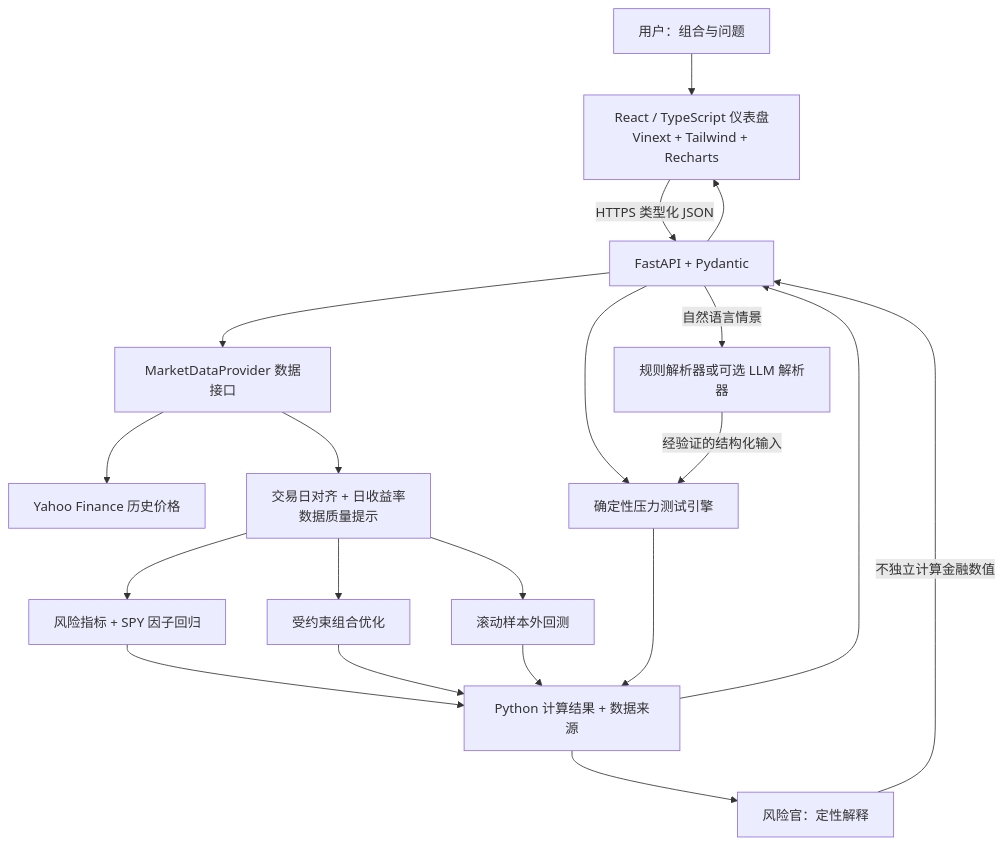
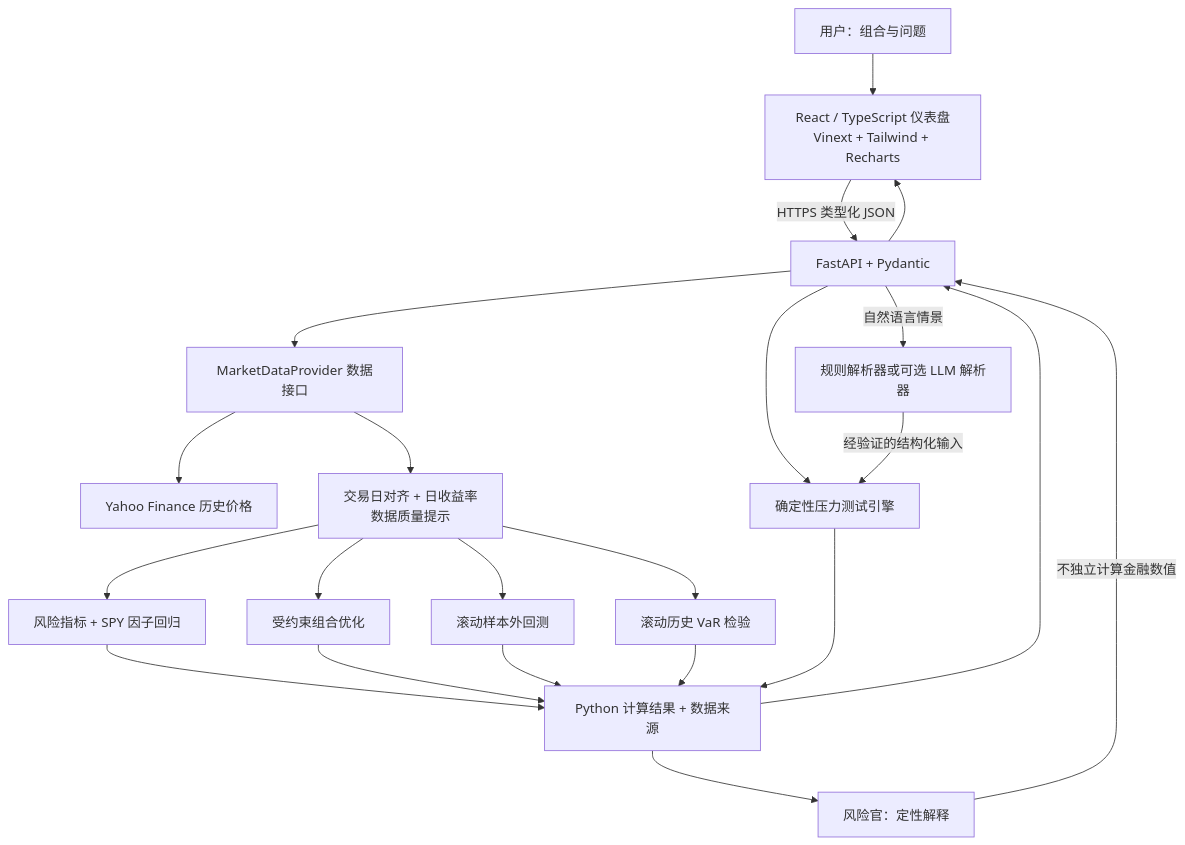
Before and after one commit to TianLu-hub/RiskLens: the first of 3 diagrams in README.zh-CN.md, drawn with Mermaid. The commit also changed other lines of this file and 15 other files, not shown here.

````diff
--- a/README.zh-CN.md
+++ b/README.zh-CN.md
@@ -34,22 +35,24 @@
 ```mermaid
 flowchart TB
     USER[用户：组合与问题] --> UI[React / TypeScript 仪表盘<br/>Vinext + Tailwind + Recharts]
     UI -->|HTTPS 类型化 JSON| API[FastAPI + Pydantic]
     API --> DATA[MarketDataProvider 数据接口]
     DATA --> YF[Yahoo Finance 历史价格]
     DATA --> ALIGN[交易日对齐 + 日收益率<br/>数据质量提示]
     ALIGN --> RISK[风险指标 + SPY 因子回归]
     ALIGN --> OPT[受约束组合优化]
     ALIGN --> BACK[滚动样本外回测]
+    ALIGN --> VAR[滚动历史 VaR 检验]
     API --> STRESS[确定性压力测试引擎]
     API -->|自然语言情景| PARSER[规则解析器或可选 LLM 解析器]
     PARSER -->|经验证的结构化输入| STRESS
     RISK --> RESULTS[Python 计算结果 + 数据来源]
     OPT --> RESULTS
     BACK --> RESULTS
+    VAR --> RESULTS
     STRESS --> RESULTS
     RESULTS --> OFFICER[风险官：定性解释]
     OFFICER -->|不独立计算金融数值| API
     RESULTS --> API
     API --> UI
 ```
````
